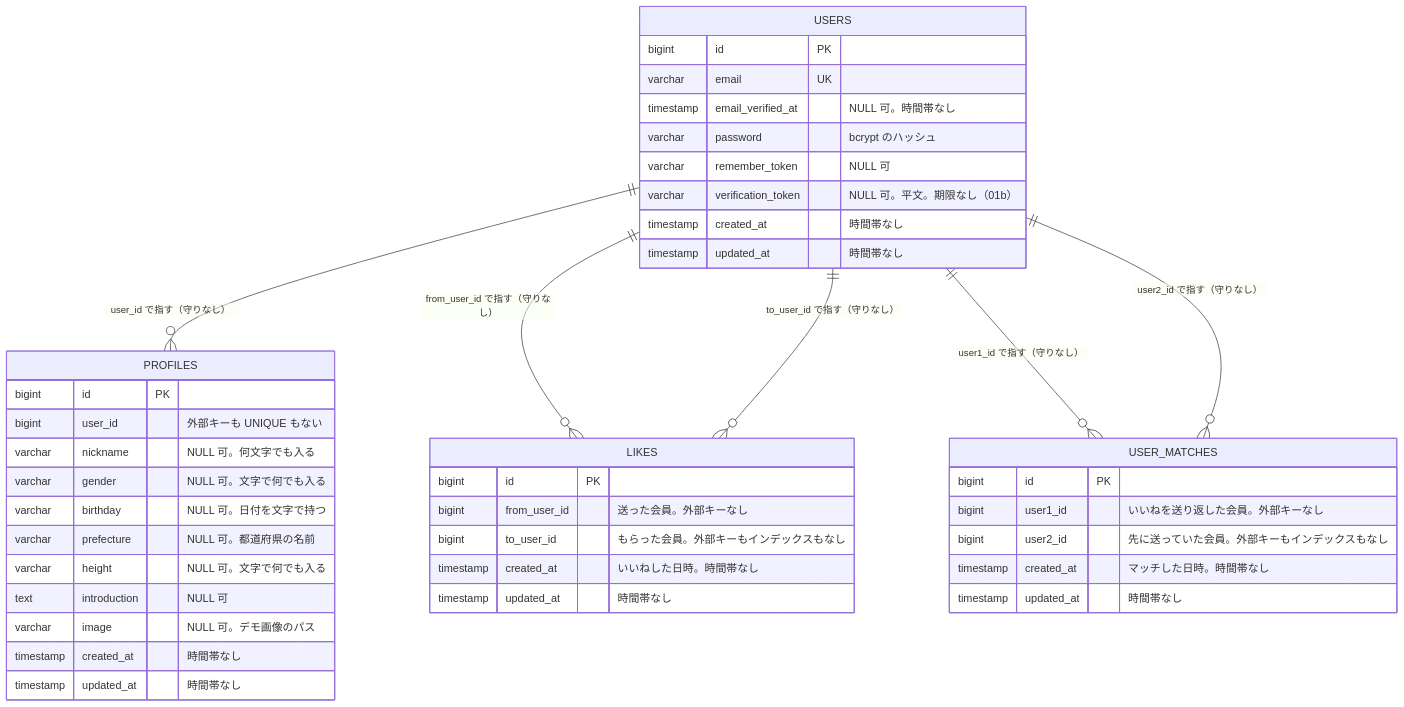
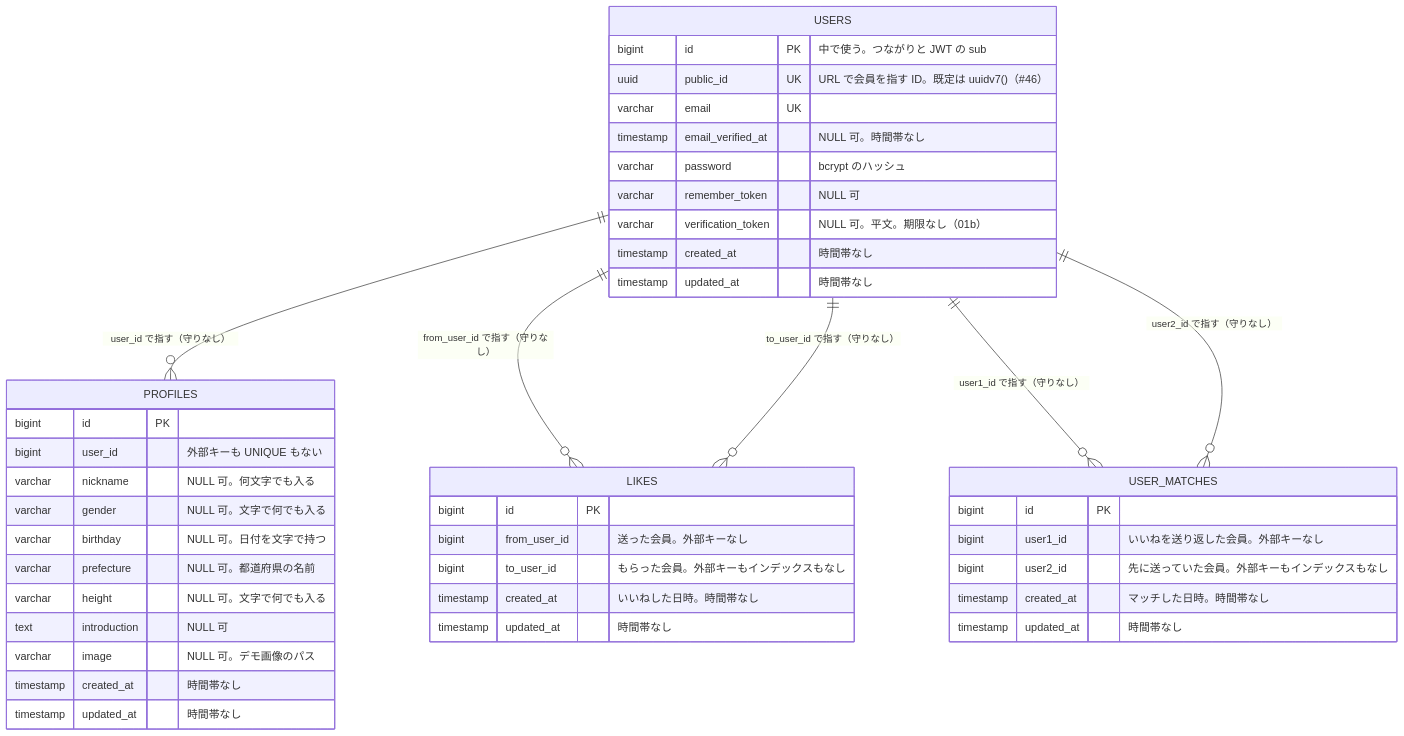
One commit to masa-devx/matching-db-study changed the diagram in docs/data-model.md. Above: the diagram before and after it, drawn with Mermaid. The commit also changed other lines of this file and 9 other files, not shown here.

Commit message:
URL で指す会員の ID を UUID にする設計を書く（D-022・#46）

````diff
--- a/docs/data-model.md
+++ b/docs/data-model.md
@@ -15,45 +17,46 @@
 ```mermaid
 erDiagram
   USERS ||--o{ PROFILES : "user_id で指す（守りなし）"
   USERS ||--o{ LIKES : "from_user_id で指す（守りなし）"
   USERS ||--o{ LIKES : "to_user_id で指す（守りなし）"
   USERS ||--o{ USER_MATCHES : "user1_id で指す（守りなし）"
   USERS ||--o{ USER_MATCHES : "user2_id で指す（守りなし）"
   USERS {
-    bigint id PK
+    bigint id PK "中で使う。つながりと JWT の sub"
+    uuid public_id UK "URL で会員を指す ID。既定は uuidv7()（#46）"
     varchar email UK
     timestamp email_verified_at "NULL 可。時間帯なし"
     varchar password "bcrypt のハッシュ"
     varchar remember_token "NULL 可"
     varchar verification_token "NULL 可。平文。期限なし（01b）"
     timestamp created_at "時間帯なし"
     timestamp updated_at "時間帯なし"
   }
   PROFILES {
     bigint id PK
     bigint user_id "外部キーも UNIQUE もない"
     varchar nickname "NULL 可。何文字でも入る"
     varchar gender "NULL 可。文字で何でも入る"
     varchar birthday "NULL 可。日付を文字で持つ"
     varchar prefecture "NULL 可。都道府県の名前"
     varchar height "NULL 可。文字で何でも入る"
     text introduction "NULL 可"
     varchar image "NULL 可。デモ画像のパス"
     timestamp created_at "時間帯なし"
     timestamp updated_at "時間帯なし"
   }
   LIKES {
     bigint id PK
     bigint from_user_id "送った会員。外部キーなし"
     bigint to_user_id "もらった会員。外部キーもインデックスもなし"
     timestamp created_at "いいねした日時。時間帯なし"
     timestamp updated_at "時間帯なし"
   }
   USER_MATCHES {
     bigint id PK
     bigint user1_id "いいねを送り返した会員。外部キーなし"
     bigint user2_id "先に送っていた会員。外部キーもインデックスもなし"
     timestamp created_at "マッチした日時。時間帯なし"
     timestamp updated_at "時間帯なし"
   }
 ```
````
